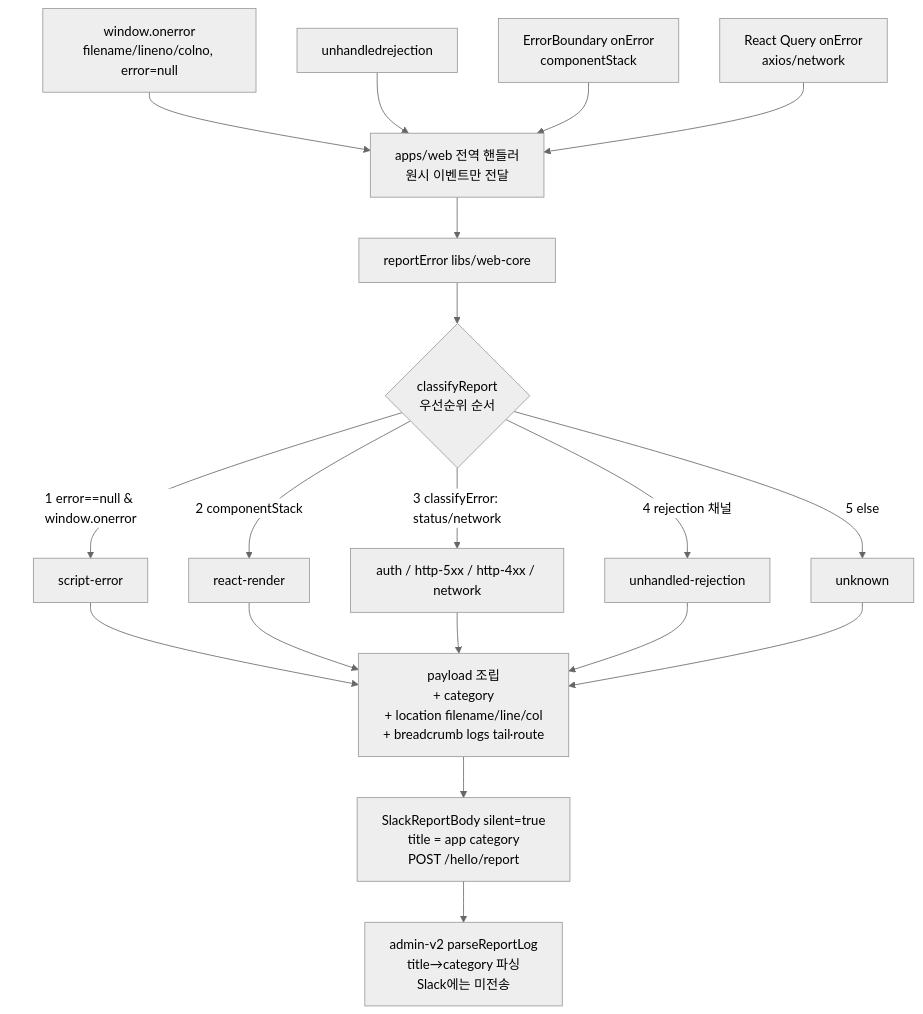
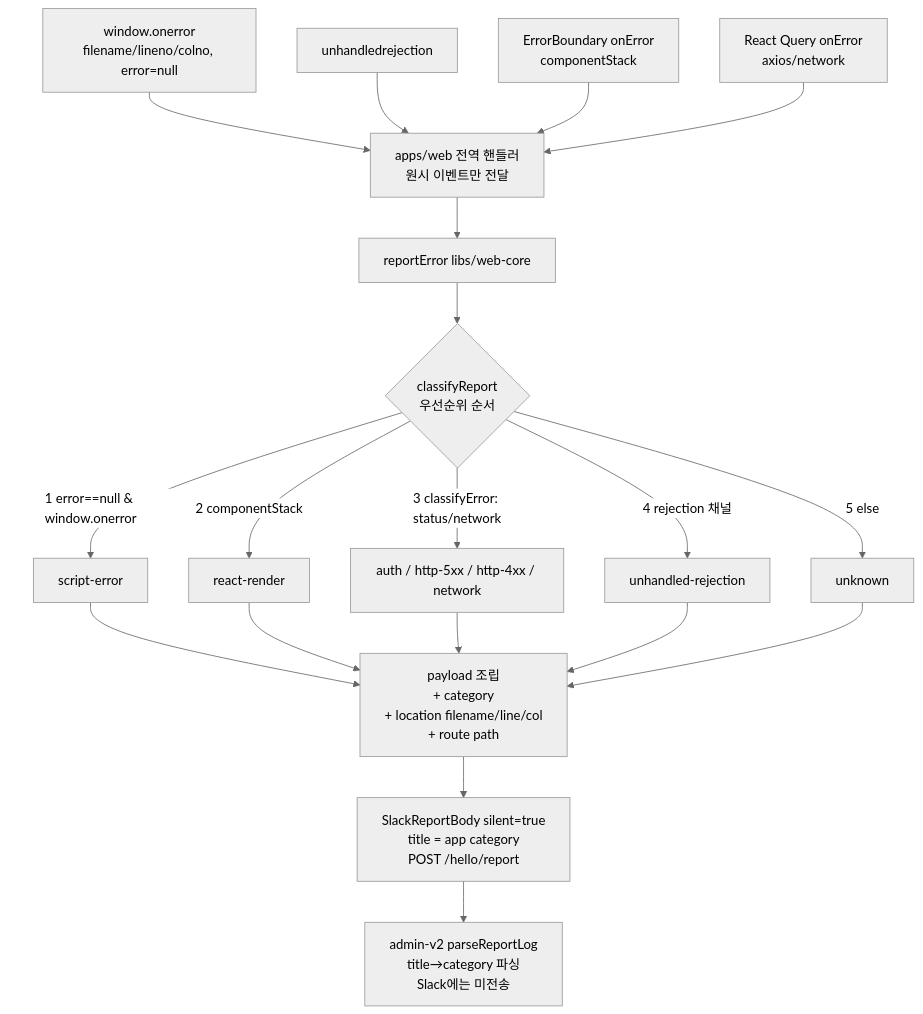
One commit to lemoncloud-io/dou-app changed the diagram in libs/web-core/docs/error-reporting.md. Above: the diagram before and after it, drawn with Mermaid (neutral theme). The commit also changed other lines of this file and 99 other files, not shown here.

````diff
--- a/libs/web-core/docs/error-reporting.md
+++ b/libs/web-core/docs/error-reporting.md
@@ -73,19 +75,19 @@
 ```mermaid
 flowchart TD
     A[window.onerror<br/>filename/lineno/colno, error=null] --> H
     B[unhandledrejection] --> H
     C[ErrorBoundary onError<br/>componentStack] --> H
     D[React Query onError<br/>axios/network] --> H
     H[apps/web 전역 핸들러<br/>원시 이벤트만 전달] --> RE
 
     RE[reportError libs/web-core] --> CAT{classifyReport<br/>우선순위 순서}
     CAT -->|1 error==null &amp window.onerror| S[script-error]
     CAT -->|2 componentStack| RR[react-render]
     CAT -->|3 classifyError: status/network| HTTP[auth / http-5xx / http-4xx / network]
     CAT -->|4 rejection 채널| UR[unhandled-rejection]
     CAT -->|5 else| UN[unknown]
 
-    S & RR & HTTP & UR & UN --> BUILD[payload 조립<br/>+ category<br/>+ location filename/line/col<br/>+ breadcrumb logs tail·route]
+    S & RR & HTTP & UR & UN --> BUILD[payload 조립<br/>+ category<br/>+ location filename/line/col<br/>+ route path]
     BUILD --> POST[SlackReportBody silent=true<br/>title = app category <br/>POST /hello/report]
     POST --> ADMIN[admin-v2 parseReportLog<br/>title→category 파싱<br/>Slack에는 미전송]
 ```
````
